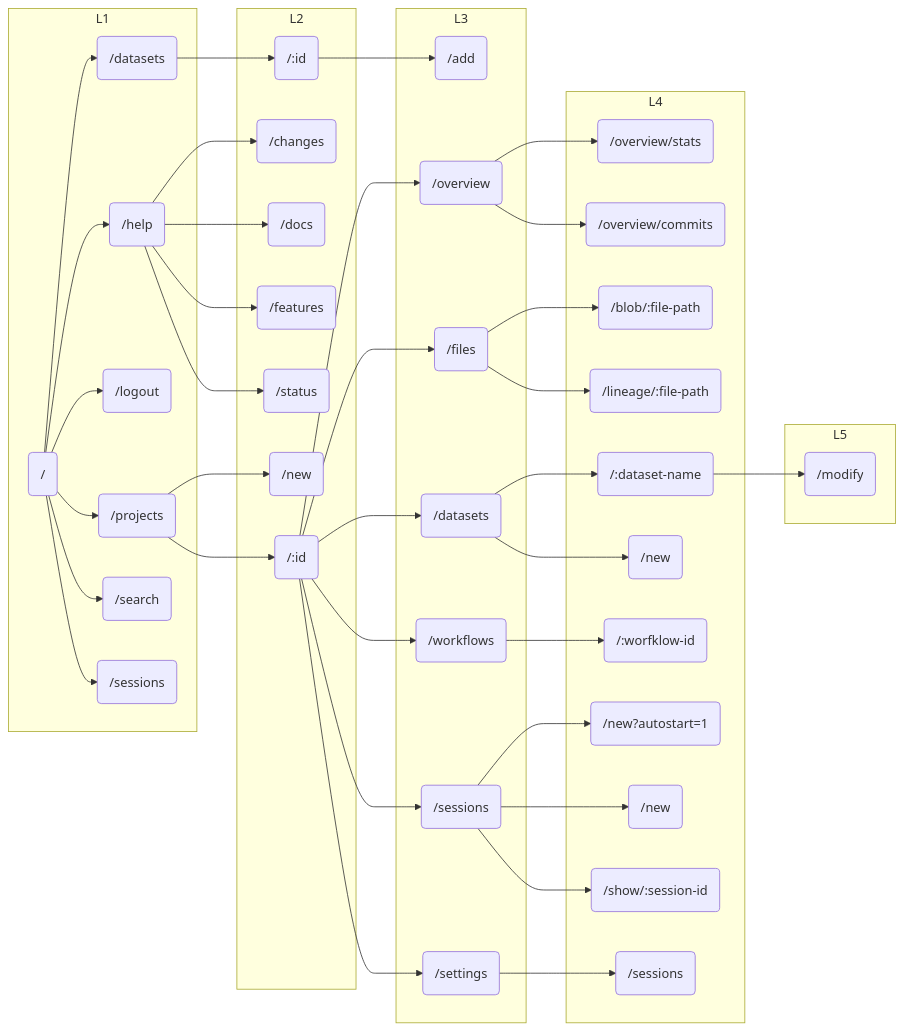
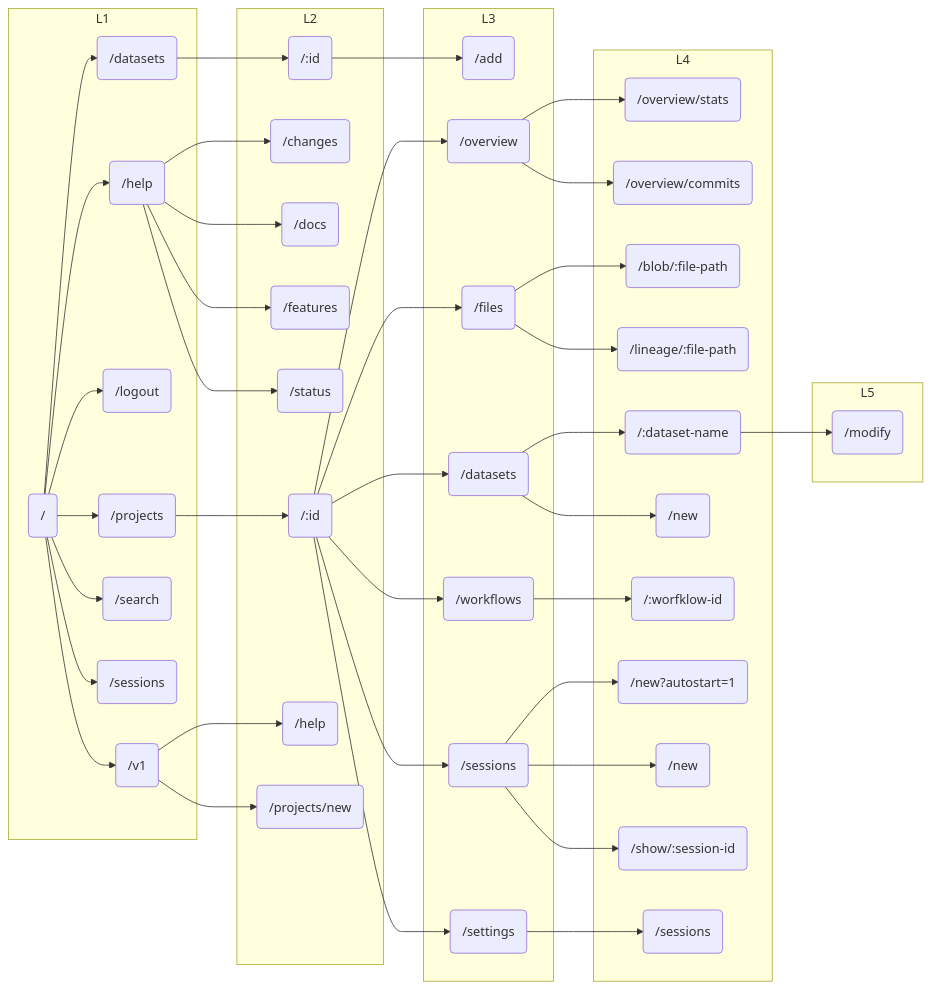
The first of 2 diagrams in README.md (SwissDataScienceCenter/renku-ui), drawn with Mermaid before and after one commit.

Commit message:
docs: update navigation map

````diff
--- a/README.md
+++ b/README.md
@@ -458,45 +458,47 @@
 ```mermaid
 flowchart LR
       subgraph L1
         A(/)-->DA(/datasets)
         A-->HE(/help)
-        A-->LOOUT(/logout)
+        A-->LOGOUT(/logout)
         A-->PR(/projects)
         A-->SEA(/search)
         A-->SE(/sessions)
+        A-->V1(/v1)
       end
       subgraph L2
-        PR-->PR1(/new)
         PR-->PRID(/:id)
         DA-->DAID(/:id)
         HE-->HE1(/changes)
         HE-->HE2(/docs)
         HE-->HE3(/features)
         HE-->HE4(/status)
+        V1-->V1_HE(/help)
+        V1-->V1_PR_NEW(/projects/new)
       end
       subgraph L3
         PRID-->PRID1(/overview)
         PRID-->PRFI(/files)
         DAID-->DAID1(/add)
         PRID-->PRIDDA(/datasets)
         PRID-->PRID_WORKFLOWS(/workflows)
         PRID-->PRSE(/sessions)
         PRID-->PRID_SETTINGS(/settings)
         end
         subgraph L4
         PRID1-->PRID11(/overview/stats)
         PRID1-->PRID12(/overview/commits)
         PRFI-->PRFI1(/blob/:file-path)
         PRFI-->PRFI2(/lineage/:file-path)
         PRIDDA-->PRIDDA1(/:dataset-name)
         PRIDDA-->PRIDDA2(/new)
         PRID_WORKFLOWS-->PRID_WORKFLOWS_ID(/:worfklow-id)
         PRSE-->PRSE1(/new?autostart=1)
         PRSE-->PRSE2(/new)
         PRSE-->PRSE3(/show/:session-id)
         PRID_SETTINGS-->PRID_SETTINGS_SESSIONS(/sessions)
         end
         subgraph L5
         PRIDDA1-->PRIDDA11(/modify)
         end
 ```
````
